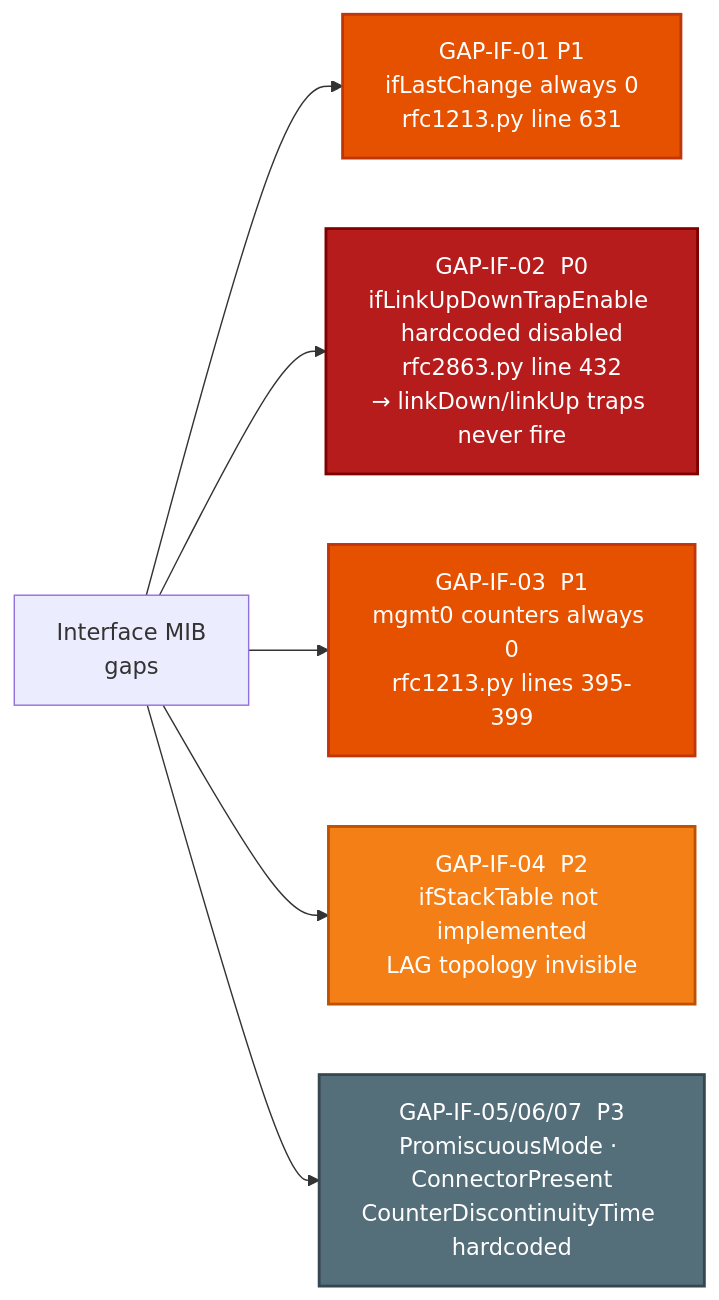
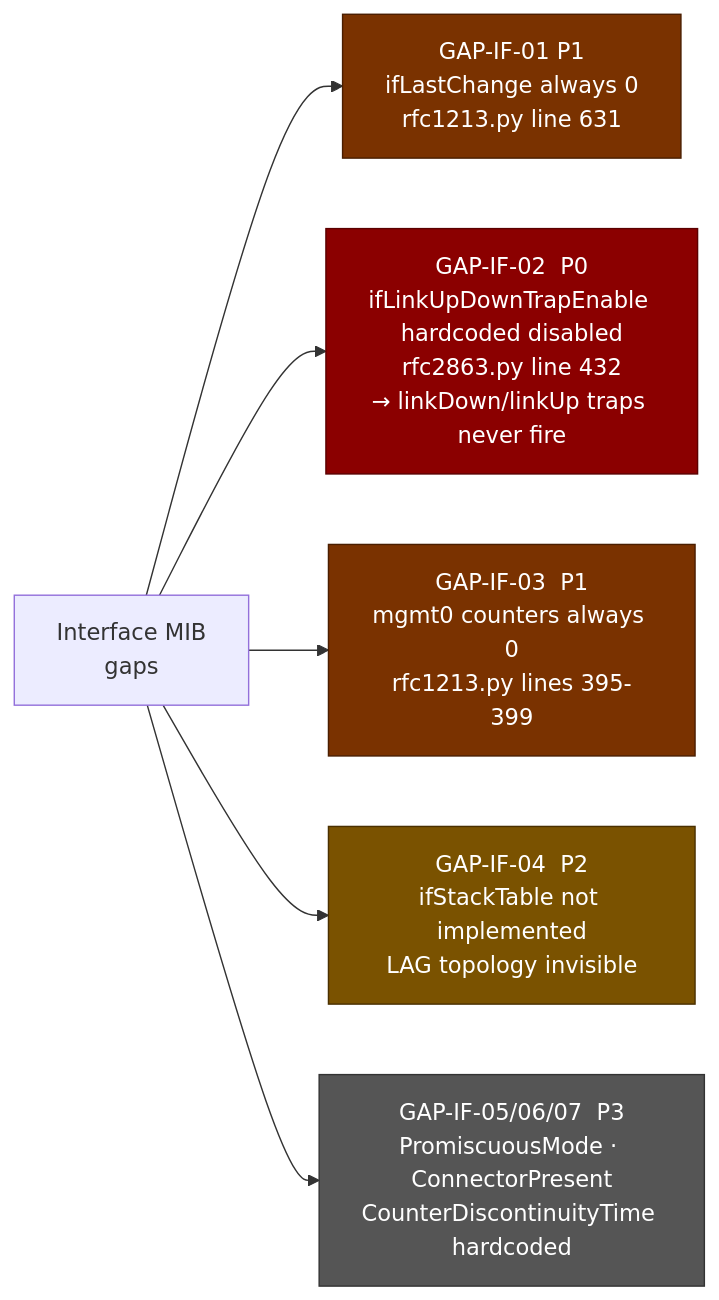
Before and after one commit to thongal-upscale/sonic-snmpagent: the eighth of 17 diagrams in docs/nms_compliance_gaps.md, drawn with Mermaid. The commit also changed other lines of this file, not shown here.

````diff
--- a/docs/nms_compliance_gaps.md
+++ b/docs/nms_compliance_gaps.md
@@ -552,20 +552,20 @@
 ```mermaid
 graph LR
-    classDef p0 fill:#B71C1C,color:#fff,stroke:#7F0000,stroke-width:2px
-    classDef p1 fill:#E65100,color:#fff,stroke:#BF360C,stroke-width:2px
-    classDef p2 fill:#F57F17,color:#fff,stroke:#BC5100,stroke-width:2px
-    classDef p3 fill:#546E7A,color:#fff,stroke:#37474F,stroke-width:2px
+    classDef p0 fill:#8b0000,color:#fff,stroke:#5a0000
+    classDef p1 fill:#7a3200,color:#fff,stroke:#4a1e00
+    classDef p2 fill:#7a5200,color:#fff,stroke:#4a3000
+    classDef p3 fill:#555,color:#fff,stroke:#333
 
     IF["Interface MIB\ngaps"]
     G1["GAP-IF-01  P1\nifLastChange always 0\nrfc1213.py line 631"]:::p1
     G2["GAP-IF-02  P0\nifLinkUpDownTrapEnable hardcoded disabled\nrfc2863.py line 432\n→ linkDown/linkUp traps never fire"]:::p0
     G3["GAP-IF-03  P1\nmgmt0 counters always 0\nrfc1213.py lines 395-399"]:::p1
     G4["GAP-IF-04  P2\nifStackTable not implemented\nLAG topology invisible"]:::p2
     G5["GAP-IF-05/06/07  P3\nPromiscuousMode · ConnectorPresent\nCounterDiscontinuityTime hardcoded"]:::p3
 
     IF --> G1
     IF --> G2
     IF --> G3
     IF --> G4
     IF --> G5
 ```
````
